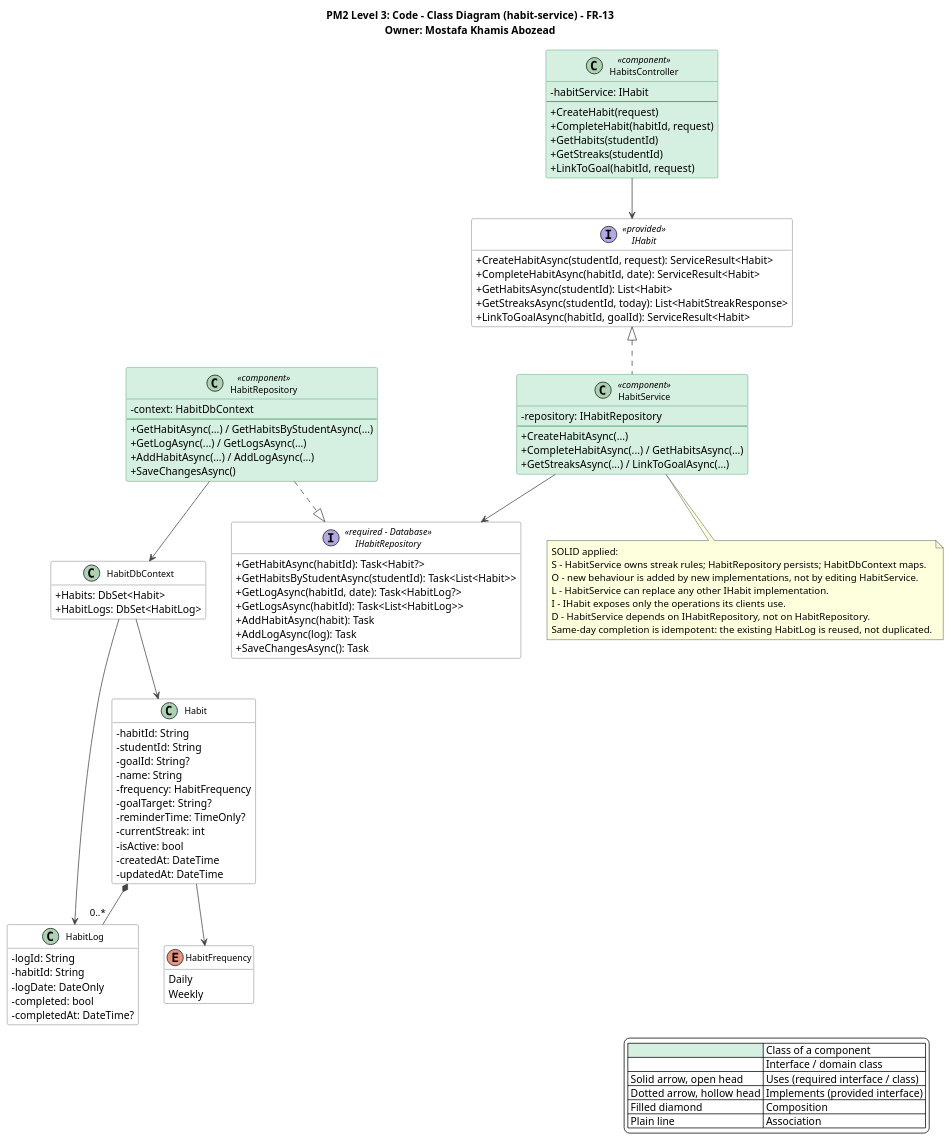
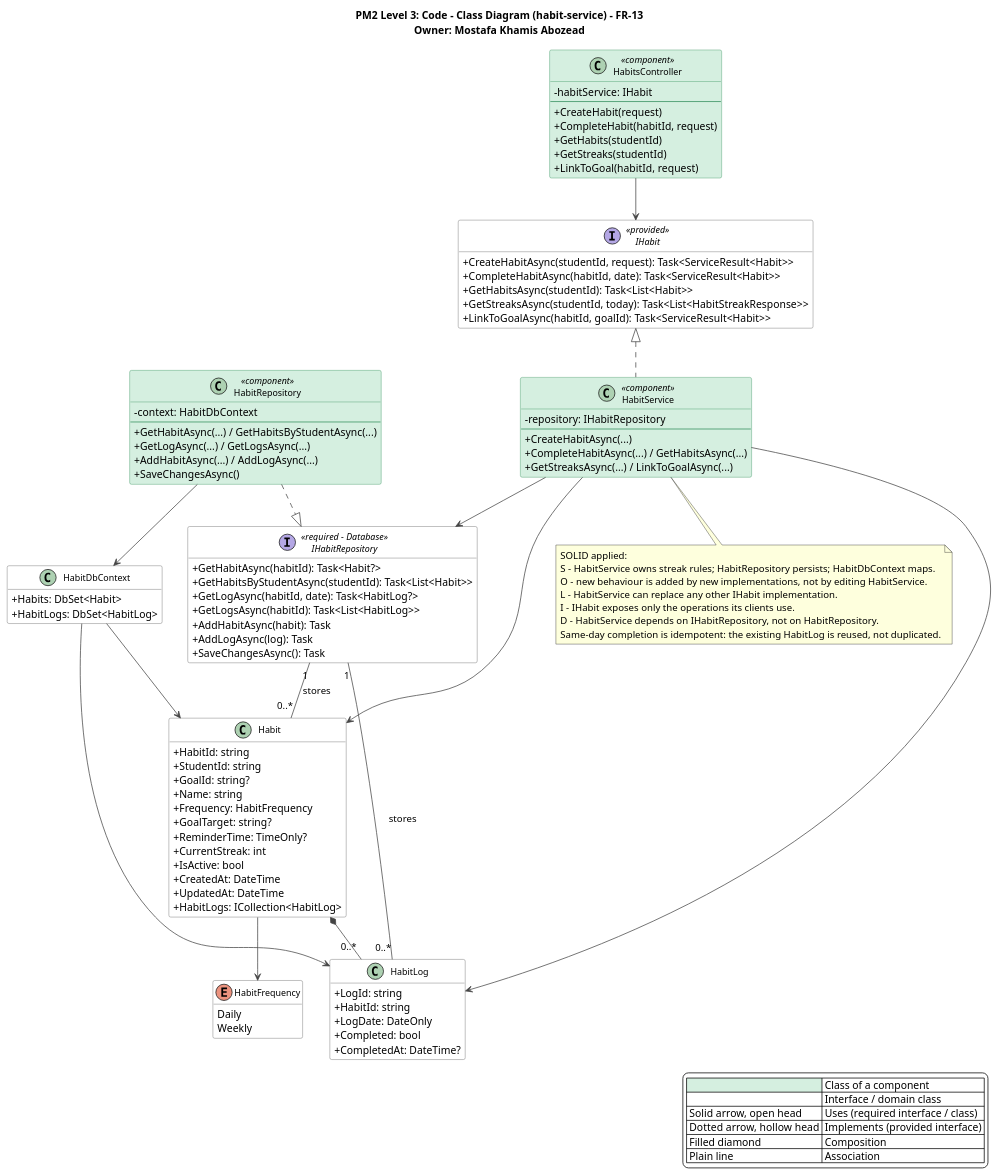
The diagram in docs/PM2/Part A — Design/Class Diagram/13-habit-service.puml (AIU-SoftWave/Aspirra), drawn with PlantUML before and after one commit. The commit also changed 16 other files, not shown here.

Commit message:
Update PM2-01 class diagrams, message-link table, and report embeds (SCRUM-175, #54)

```diff
--- a/docs/PM2/Part A — Design/Class Diagram/13-habit-service.puml
+++ b/docs/PM2/Part A — Design/Class Diagram/13-habit-service.puml
@@ -1,126 +1,131 @@
 @startuml 13-habit-service
 title PM2 Level 3: Code - Class Diagram (habit-service) - FR-13\nOwner: Mostafa Khamis Abozead
 top to bottom direction
 skinparam shadowing false
 skinparam defaultFontName Segoe UI
 skinparam backgroundColor #FFFFFF
 skinparam classAttributeIconSize 0
 skinparam classFontSize 12
 skinparam nodesep 35
 skinparam ranksep 55
 skinparam ArrowColor #444444
 skinparam class {
   BackgroundColor #FFFFFF
   BorderColor #555555
   BackgroundColor<<component>> #D5EFE0
   BorderColor<<component>> #2E8B57
 }
 skinparam interface {
   BackgroundColor #FFFFFF
   BorderColor #555555
 }
 hide empty members
 
 legend right
   |<#D5EFE0>   | Class of a component |
   |<#FFFFFF>   | Interface / domain class |
   | Solid arrow, open head | Uses (required interface / class) |
   | Dotted arrow, hollow head | Implements (provided interface) |
   | Filled diamond | Composition |
   | Plain line | Association |
 endlegend
 
 interface IHabit <<provided>> {
-  +CreateHabitAsync(studentId, request): ServiceResult<Habit>
-  +CompleteHabitAsync(habitId, date): ServiceResult<Habit>
-  +GetHabitsAsync(studentId): List<Habit>
-  +GetStreaksAsync(studentId, today): List<HabitStreakResponse>
-  +LinkToGoalAsync(habitId, goalId): ServiceResult<Habit>
+  +CreateHabitAsync(studentId, request): Task<ServiceResult<Habit>>
+  +CompleteHabitAsync(habitId, date): Task<ServiceResult<Habit>>
+  +GetHabitsAsync(studentId): Task<List<Habit>>
+  +GetStreaksAsync(studentId, today): Task<List<HabitStreakResponse>>
+  +LinkToGoalAsync(habitId, goalId): Task<ServiceResult<Habit>>
 }
 
 class HabitsController <<component>> {
   -habitService: IHabit
   --
   +CreateHabit(request)
   +CompleteHabit(habitId, request)
   +GetHabits(studentId)
   +GetStreaks(studentId)
   +LinkToGoal(habitId, request)
 }
 
 class HabitService <<component>> {
   -repository: IHabitRepository
   --
   +CreateHabitAsync(...)
   +CompleteHabitAsync(...) / GetHabitsAsync(...)
   +GetStreaksAsync(...) / LinkToGoalAsync(...)
 }
 
 interface IHabitRepository <<required - Database>> {
   +GetHabitAsync(habitId): Task<Habit?>
   +GetHabitsByStudentAsync(studentId): Task<List<Habit>>
   +GetLogAsync(habitId, date): Task<HabitLog?>
   +GetLogsAsync(habitId): Task<List<HabitLog>>
   +AddHabitAsync(habit): Task
   +AddLogAsync(log): Task
   +SaveChangesAsync(): Task
 }
 
 class HabitRepository <<component>> {
   -context: HabitDbContext
   --
   +GetHabitAsync(...) / GetHabitsByStudentAsync(...)
   +GetLogAsync(...) / GetLogsAsync(...)
   +AddHabitAsync(...) / AddLogAsync(...)
   +SaveChangesAsync()
 }
 
 class HabitDbContext {
   +Habits: DbSet<Habit>
   +HabitLogs: DbSet<HabitLog>
 }
 
 class Habit {
-  -habitId: String
-  -studentId: String
-  -goalId: String?
-  -name: String
-  -frequency: HabitFrequency
-  -goalTarget: String?
-  -reminderTime: TimeOnly?
-  -currentStreak: int
-  -isActive: bool
-  -createdAt: DateTime
-  -updatedAt: DateTime
+  +HabitId: string
+  +StudentId: string
+  +GoalId: string?
+  +Name: string
+  +Frequency: HabitFrequency
+  +GoalTarget: string?
+  +ReminderTime: TimeOnly?
+  +CurrentStreak: int
+  +IsActive: bool
+  +CreatedAt: DateTime
+  +UpdatedAt: DateTime
+  +HabitLogs: ICollection<HabitLog>
 }
 class HabitLog {
-  -logId: String
-  -habitId: String
-  -logDate: DateOnly
-  -completed: bool
-  -completedAt: DateTime?
+  +LogId: string
+  +HabitId: string
+  +LogDate: DateOnly
+  +Completed: bool
+  +CompletedAt: DateTime?
 }
 enum HabitFrequency {
   Daily
   Weekly
 }
 
 HabitsController --> IHabit
 IHabit <|.. HabitService
 HabitService --> IHabitRepository
+HabitService --> Habit
+HabitService --> HabitLog
+IHabitRepository "1" -- "0..*" Habit : stores
+IHabitRepository "1" -- "0..*" HabitLog : stores
 HabitRepository ..|> IHabitRepository
 HabitRepository --> HabitDbContext
 HabitDbContext --> Habit
 HabitDbContext --> HabitLog
 Habit *-- "0..*" HabitLog
 Habit --> HabitFrequency
 note bottom of HabitService
 SOLID applied:
 S - HabitService owns streak rules; HabitRepository persists; HabitDbContext maps.
 O - new behaviour is added by new implementations, not by editing HabitService.
 L - HabitService can replace any other IHabit implementation.
 I - IHabit exposes only the operations its clients use.
 D - HabitService depends on IHabitRepository, not on HabitRepository.
 Same-day completion is idempotent: the existing HabitLog is reused, not duplicated.
 end note
 @enduml
```
